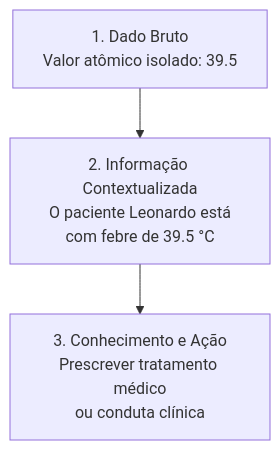
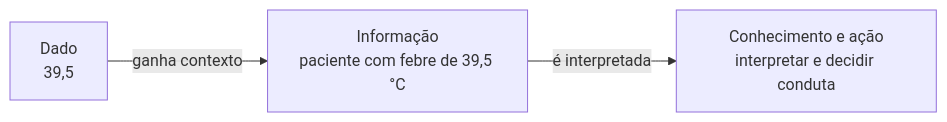
The first of 4 diagrams in 02. Modelagem de Dados/01. Introdução à modelagem de dados e sua importância.md (leorruas/puc), drawn with Mermaid before and after one commit. The commit also changed other lines of this file, not shown here.

Commit message:
Normaliza Mermaid introdutórios de Modelagem de Dados

````diff
--- a/02. Modelagem de Dados/01. Introdução à modelagem de dados e sua importância.md
+++ b/02. Modelagem de Dados/01. Introdução à modelagem de dados e sua importância.md
@@ -38,9 +38,9 @@
 ```mermaid
-flowchart TD
-    NodeConhecimento["3. Conhecimento e Ação<br>Prescrever tratamento médico<br>ou conduta clínica"]
-    NodeInformacao["2. Informação Contextualizada<br>O paciente Leonardo está<br>com febre de 39.5 °C"]
-    NodeDado["1. Dado Bruto<br>Valor atômico isolado: 39.5"]
+flowchart LR
+    Dado["Dado<br>39,5"]:::data
+    Informacao["Informação<br>paciente com febre de 39,5 °C"]:::component
+    Conhecimento["Conhecimento e ação<br>interpretar e decidir conduta"]:::core
 
-    NodeDado --> NodeInformacao
-    NodeInformacao --> NodeConhecimento
+    Dado -->|"ganha contexto"| Informacao
+    Informacao -->|"é interpretada"| Conhecimento
 ```
````
